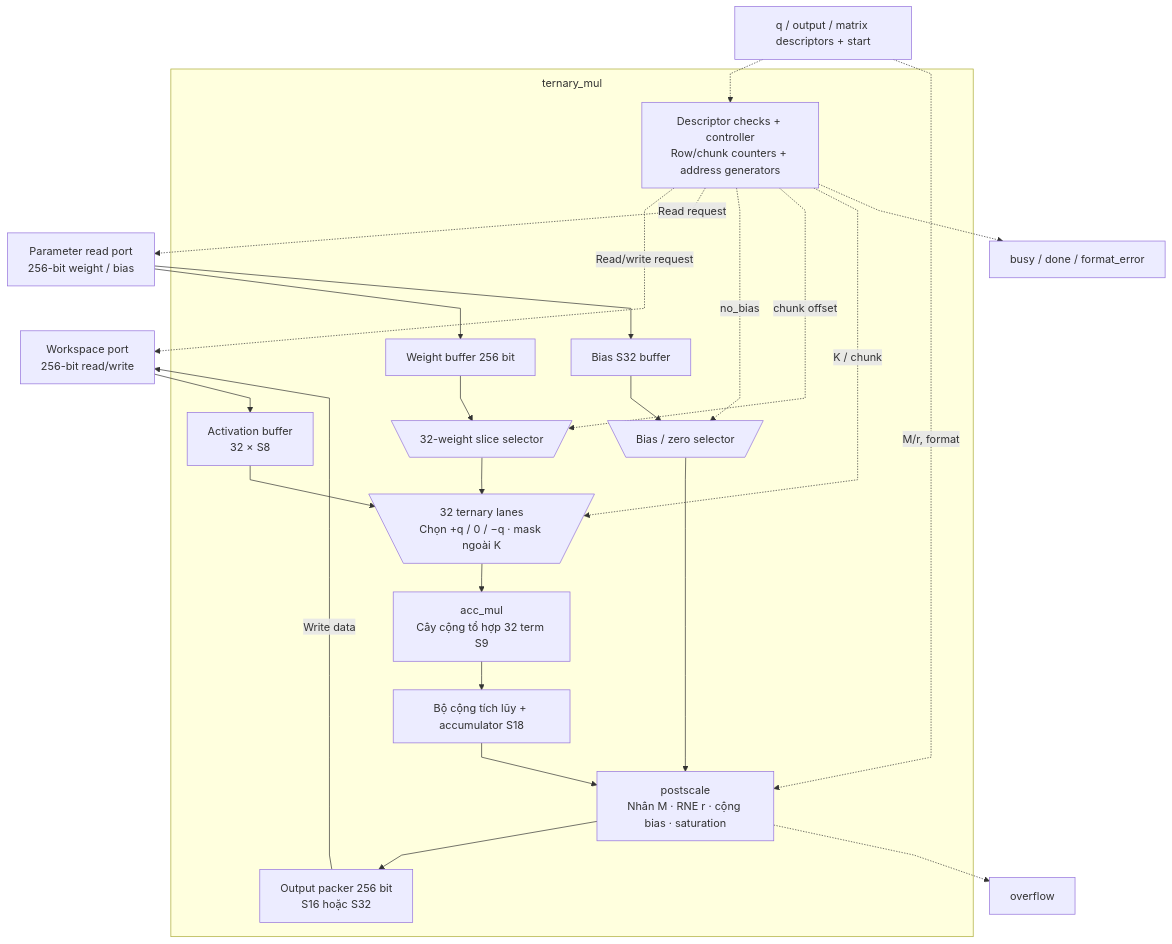
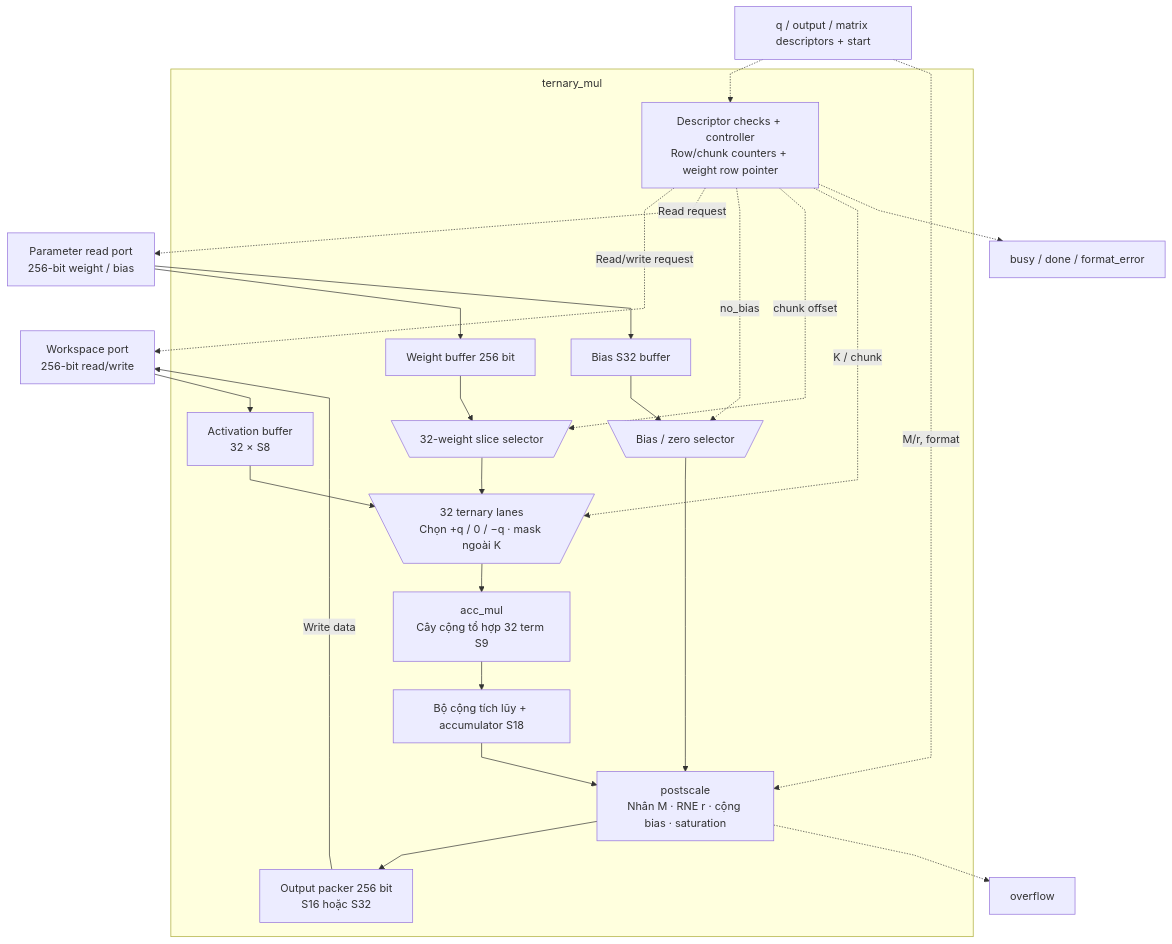
The first of 2 diagrams in docs/source_guide/blocks/ternary_mul.sv.md (nguyennhutkhanhtom/NPU), drawn with Mermaid before and after one commit. The commit also changed other lines of this file and 123 other files, not shown here.

````diff
--- a/docs/source_guide/blocks/ternary_mul.sv.md
+++ b/docs/source_guide/blocks/ternary_mul.sv.md
@@ -15,42 +15,42 @@
 ```mermaid
 flowchart TB
 %%{init: {"flowchart": {"subGraphTitleMargin": {"top": 8, "bottom": 20}, "nodeSpacing": 28, "rankSpacing": 42, "curve": "linear"}}}%%
     CFG["q / output / matrix descriptors + start"]
     WS["Workspace port<br/>256-bit read/write"]
     PM["Parameter read port<br/>256-bit weight / bias"]
     subgraph CORE["ternary_mul"]
-        CTRL["Descriptor checks + controller<br/>Row/chunk counters + address generators"]
+        CTRL["Descriptor checks + controller<br/>Row/chunk counters + weight row pointer"]
         QB["Activation buffer<br/>32 × S8"]
         WB["Weight buffer 256 bit"]
         WSEL@{ shape: trap-t, label: "32-weight slice selector" }
         PE@{ shape: trap-t, label: "32 ternary lanes<br/>Chọn +q / 0 / −q · mask ngoài K" }
         RED["acc_mul<br/>Cây cộng tổ hợp 32 term S9"]
         ACC["Bộ cộng tích lũy + accumulator S18"]
         BIAS["Bias S32 buffer"]
         BSEL@{ shape: trap-t, label: "Bias / zero selector" }
         POST["postscale<br/>Nhân M · RNE r · cộng bias · saturation"]
         OUT["Output packer 256 bit<br/>S16 hoặc S32"]
     end
     CFG -.-> CTRL
     CFG -.->|"M/r, format"| POST
     CTRL -.->|"Read/write request"| WS
     CTRL -.->|"Read request"| PM
     WS --> QB
     PM --> WB
     PM --> BIAS
     CTRL -.->|"no_bias"| BSEL
     QB --> PE
     WB --> WSEL
     CTRL -.->|"chunk offset"| WSEL
     WSEL --> PE
     CTRL -.->|"K / chunk"| PE
     PE --> RED
     RED --> ACC
     ACC --> POST
     BIAS --> BSEL
     BSEL --> POST
     POST --> OUT
     OUT -->|"Write data"| WS
     CTRL -.-> STATUS["busy / done / format_error"]
     POST -.-> OV["overflow"]
 ```
````
